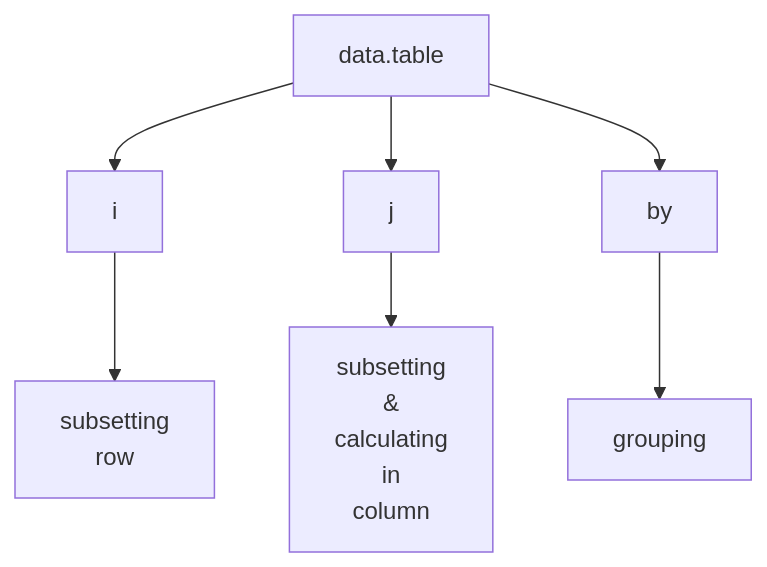
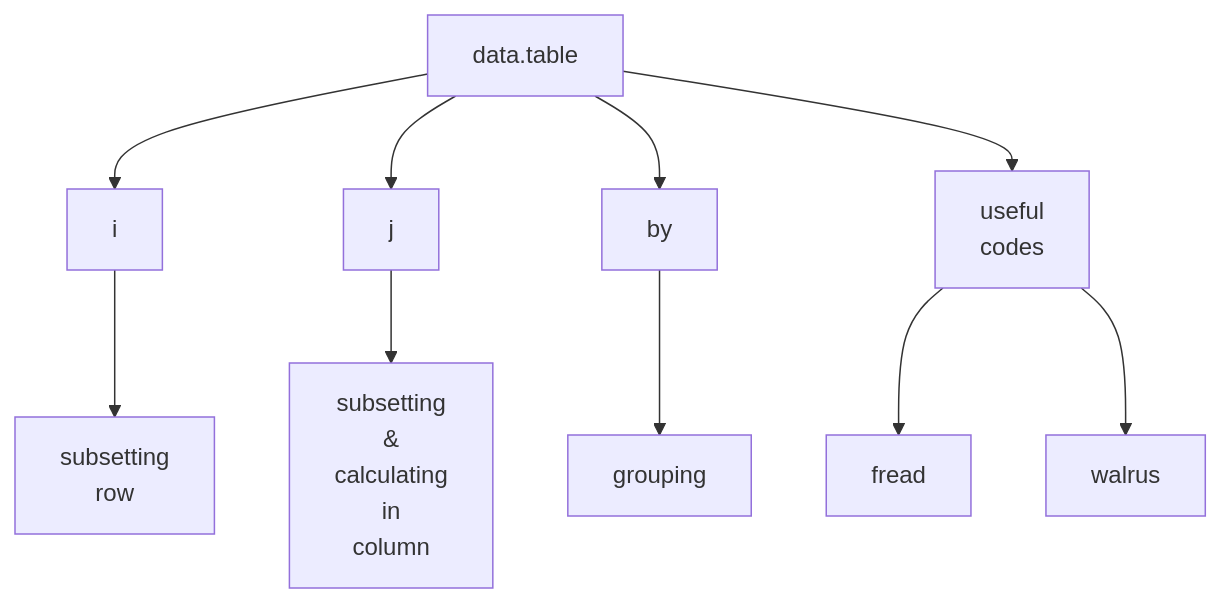
One commit to drkmenon/myknotes changed the second of 6 diagrams in Biomedical/Research Methodology/wrangling.qmd. Above: the diagram before and after it, drawn with Mermaid. The commit also changed other lines of this file and 68 other files, not shown here.

````diff
--- a/Biomedical/Research Methodology/wrangling.qmd
+++ b/Biomedical/Research Methodology/wrangling.qmd
@@ -32,10 +34,13 @@
 ```{mermaid}
 flowchart TD
 data.table --> i
 i --> subsetting\nrow
 data.table --> j
 j --> subsetting\n&\ncalculating\nin\ncolumn
 data.table --> by
 by --> grouping
+data.table --> useful\ncodes
+useful\ncodes --> fread
+useful\ncodes --> walrus
 
 ```
````
